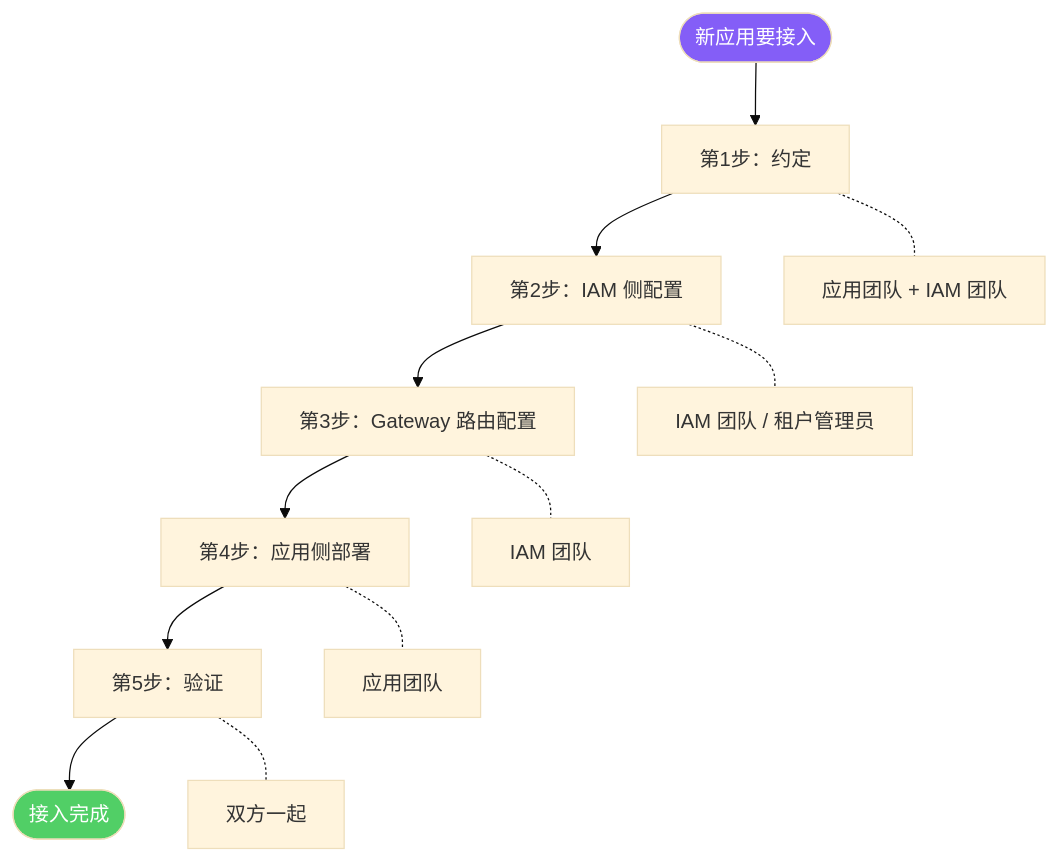
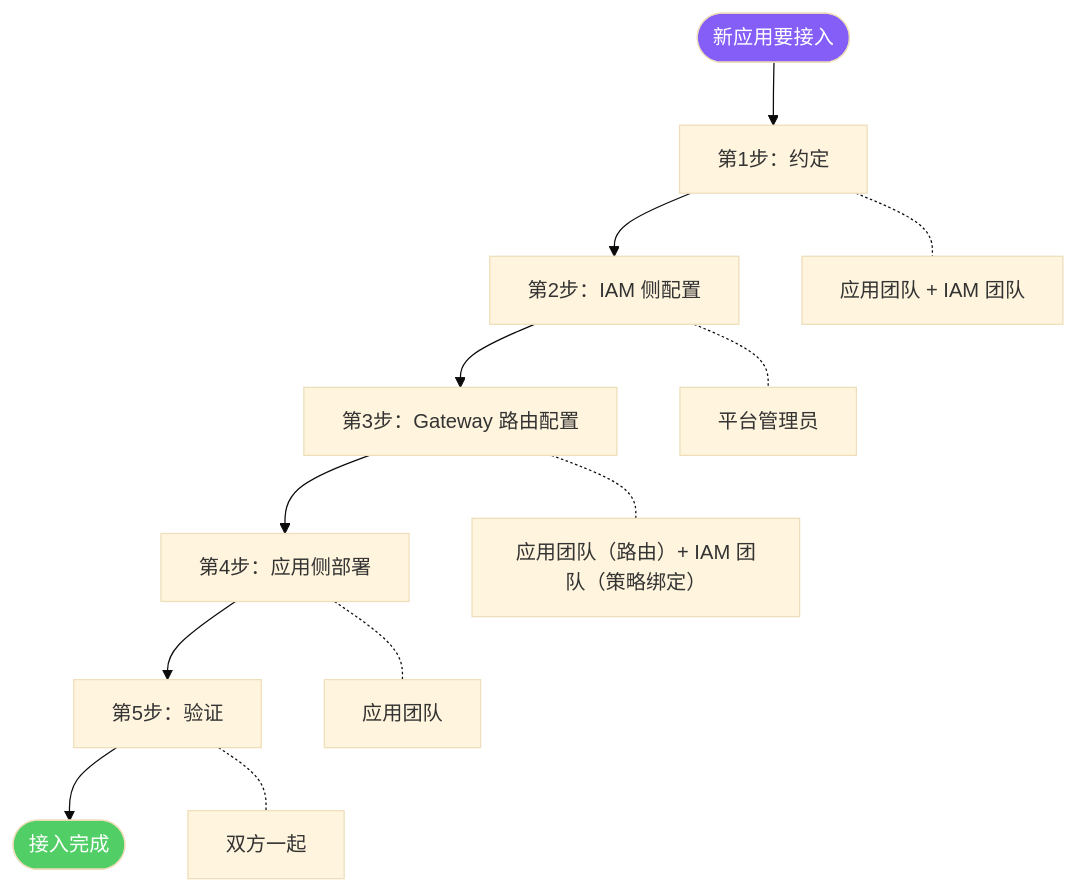
One commit to xiewanchao/aidp-iam changed the first of 10 diagrams in diagrams/onboarding-flow.md. Above: the diagram before and after it, drawn with Mermaid (base theme). The commit also changed other lines of this file and 5 other files, not shown here.

````diff
--- a/diagrams/onboarding-flow.md
+++ b/diagrams/onboarding-flow.md
@@ -9,18 +11,18 @@
 ```mermaid
 flowchart TD
     START([新应用要接入]) --> STEP1[第1步：约定]
     STEP1 --> STEP2[第2步：IAM 侧配置]
     STEP2 --> STEP3[第3步：Gateway 路由配置]
     STEP3 --> STEP4[第4步：应用侧部署]
     STEP4 --> STEP5[第5步：验证]
     STEP5 --> DONE([接入完成])
 
     STEP1 -.- WHO1[应用团队 + IAM 团队]
-    STEP2 -.- WHO2[IAM 团队 / 租户管理员]
-    STEP3 -.- WHO3[IAM 团队]
+    STEP2 -.- WHO2[平台管理员]
+    STEP3 -.- WHO3["应用团队（路由）+ IAM 团队（策略绑定）"]
     STEP4 -.- WHO4[应用团队]
     STEP5 -.- WHO5[双方一起]
 
     style START fill:#845ef7,color:#fff
     style DONE fill:#51cf66,color:#fff
 ```
````
